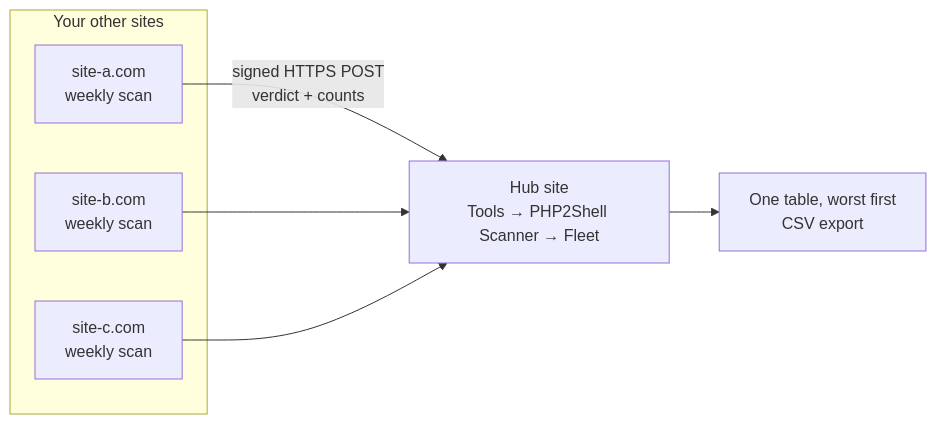
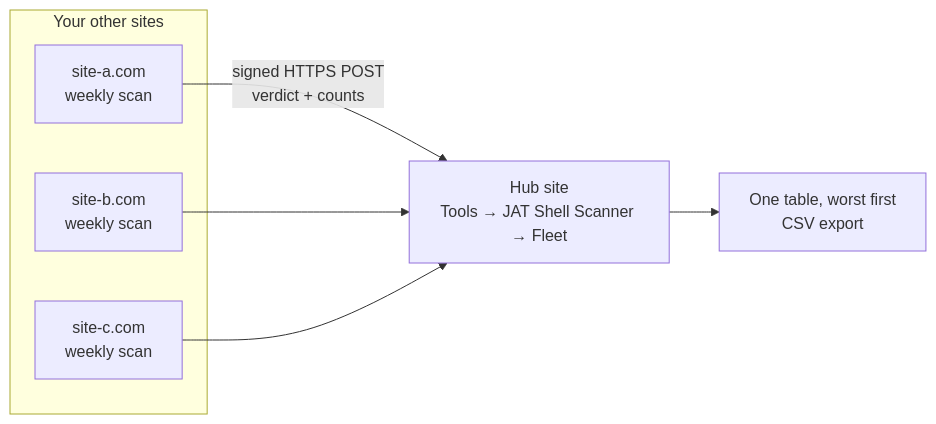
Before and after one commit to CptNope/JAT-Shell-Scanner: diagram 11 of 17 in README.md, drawn with Mermaid. The commit also changed other lines of this file and 18 other files, not shown here.

First line of the commit message:
Use the JAT Shell Scanner name everywhere

````diff
--- a/README.md
+++ b/README.md
@@ -700,12 +700,12 @@
 ```mermaid
 flowchart LR
     subgraph Members["Your other sites"]
         M1["site-a.com<br/>weekly scan"]
         M2["site-b.com<br/>weekly scan"]
         M3["site-c.com<br/>weekly scan"]
     end
     M1 -- "signed HTTPS POST<br/>verdict + counts" --> H
     M2 --> H
     M3 --> H
-    H["Hub site<br/>Tools → PHP2Shell Scanner → Fleet"] --> T["One table, worst first<br/>CSV export"]
+    H["Hub site<br/>Tools → JAT Shell Scanner → Fleet"] --> T["One table, worst first<br/>CSV export"]
 ```
````
